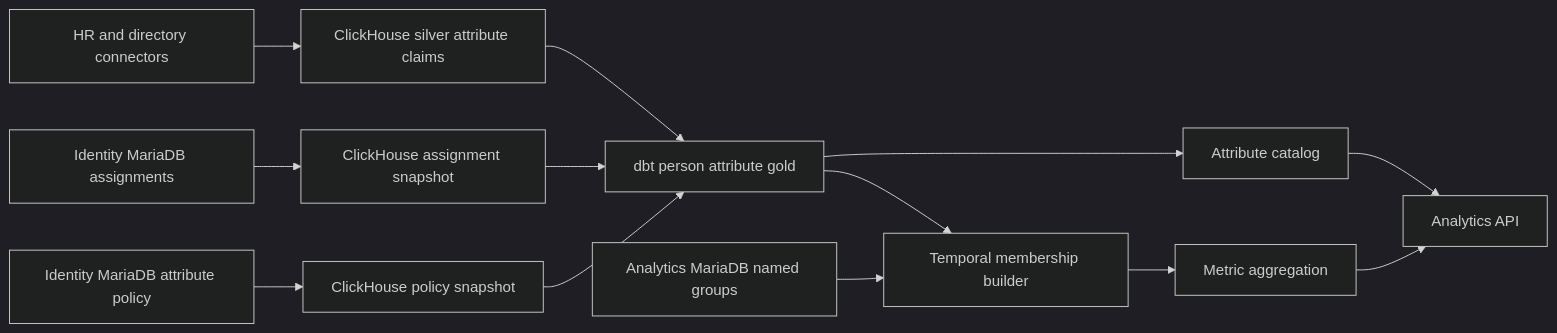
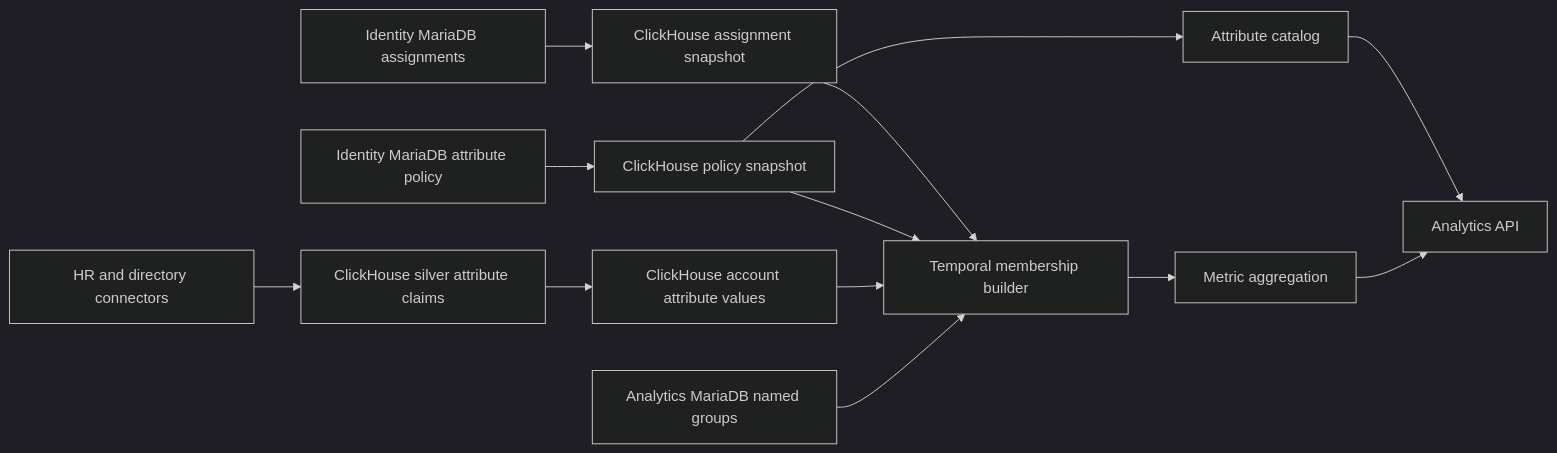
The first of 5 diagrams in docs/domain/person-attributes/specs/DESIGN.md (aleksdotbar/insight), drawn with Mermaid (dark theme) before and after one commit. The commit also changed other lines of this file and 3 other files, not shown here.

Commit message:
docs(person-attributes): keep attribute facts account-scoped

````diff
--- a/docs/domain/person-attributes/specs/DESIGN.md
+++ b/docs/domain/person-attributes/specs/DESIGN.md
@@ -98,15 +98,15 @@
 ```mermaid
 flowchart LR
     HR["HR and directory connectors"] --> CLAIMS["ClickHouse silver attribute claims"]
     ID["Identity MariaDB assignments"] --> IDSNAP["ClickHouse assignment snapshot"]
     POLICY["Identity MariaDB attribute policy"] --> POLICYSNAP["ClickHouse policy snapshot"]
-    CLAIMS --> GOLD["dbt person attribute gold"]
-    IDSNAP --> GOLD
-    POLICYSNAP --> GOLD
-    GOLD --> CATALOG["Attribute catalog"]
-    GOLD --> MEMBERSHIP["Temporal membership builder"]
+    CLAIMS --> VALUES["ClickHouse account attribute values"]
+    IDSNAP --> MEMBERSHIP["Temporal membership builder"]
+    POLICYSNAP --> CATALOG["Attribute catalog"]
+    POLICYSNAP --> MEMBERSHIP
+    VALUES --> MEMBERSHIP
     GROUPS["Analytics MariaDB named groups"] --> MEMBERSHIP
     CATALOG --> API["Analytics API"]
     MEMBERSHIP --> METRICS["Metric aggregation"]
     METRICS --> API
 ```
````
